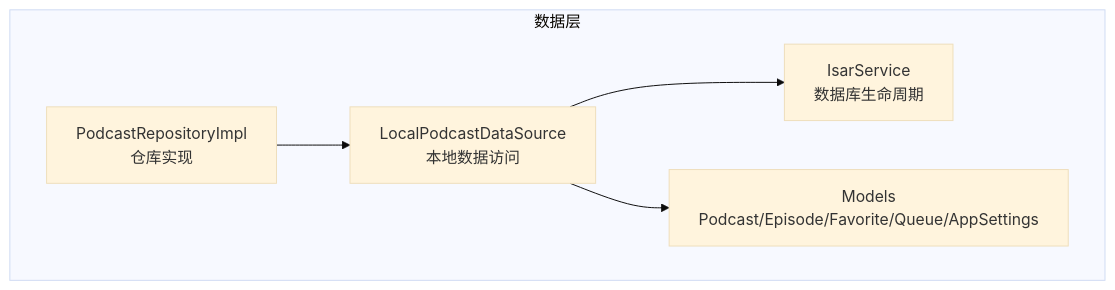
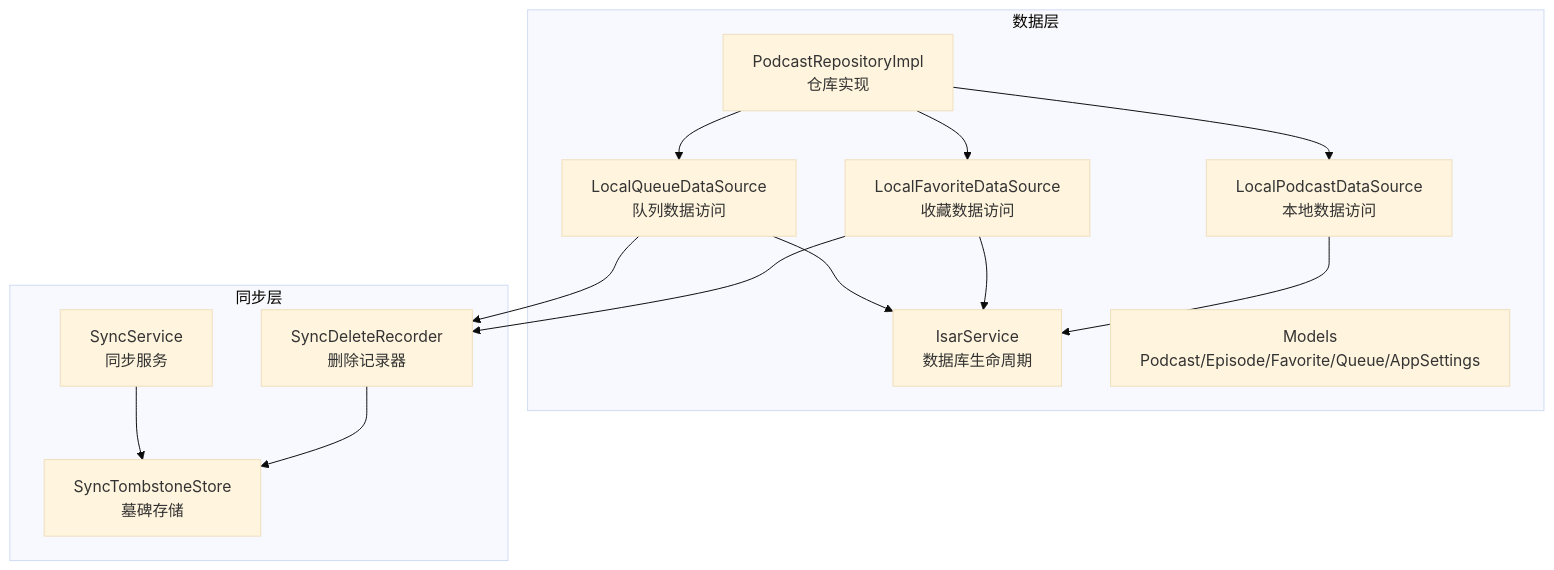
Before and after one commit to ZTfer/Tinycast: the first of 11 diagrams in .qoder/repowiki/zh/content/核心功能模块/数据持久化.md, drawn with Mermaid (base theme). The commit also changed other lines of this file and 210 other files, not shown here.

````diff
--- a/.qoder/repowiki/zh/content/核心功能模块/数据持久化.md
+++ b/.qoder/repowiki/zh/content/核心功能模块/数据持久化.md
@@ -39,12 +56,26 @@
 ```mermaid
 graph TB
 subgraph "数据层"
 ISAR["IsarService<br/>数据库生命周期"]
 MODELS["Models<br/>Podcast/Episode/Favorite/Queue/AppSettings"]
 DS_LOCAL["LocalPodcastDataSource<br/>本地数据访问"]
+DS_FAVORITE["LocalFavoriteDataSource<br/>收藏数据访问"]
+DS_QUEUE["LocalQueueDataSource<br/>队列数据访问"]
 REPO["PodcastRepositoryImpl<br/>仓库实现"]
 end
+subgraph "同步层"
+TOMBSTONE["SyncTombstoneStore<br/>墓碑存储"]
+DELETE_RECORDER["SyncDeleteRecorder<br/>删除记录器"]
+SYNC_SERVICE["SyncService<br/>同步服务"]
+end
 REPO --> DS_LOCAL
+REPO --> DS_FAVORITE
+REPO --> DS_QUEUE
 DS_LOCAL --> ISAR
-DS_LOCAL --> MODELS
+DS_FAVORITE --> ISAR
+DS_QUEUE --> ISAR
+DS_FAVORITE --> DELETE_RECORDER
+DS_QUEUE --> DELETE_RECORDER
+DELETE_RECORDER --> TOMBSTONE
+SYNC_SERVICE --> TOMBSTONE
 ```
````
